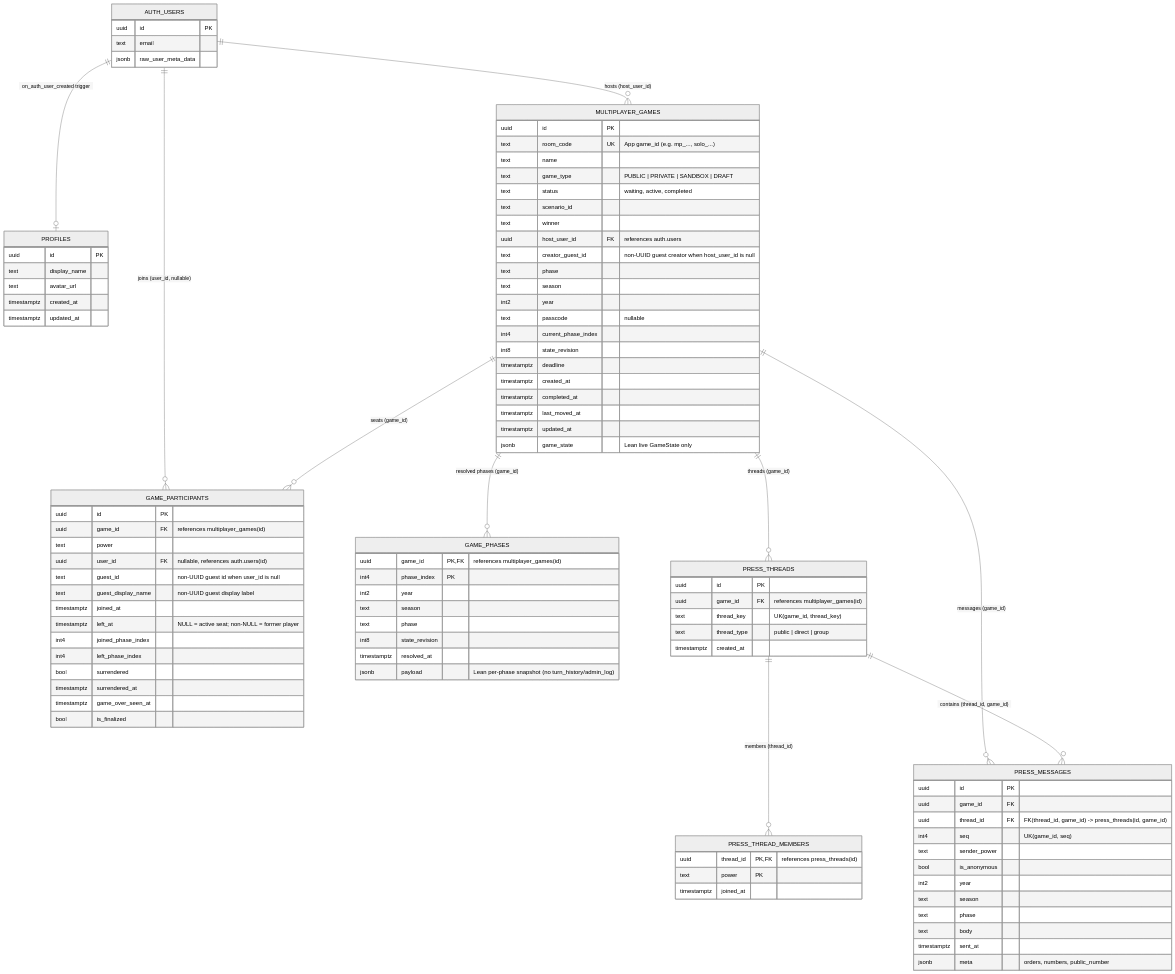
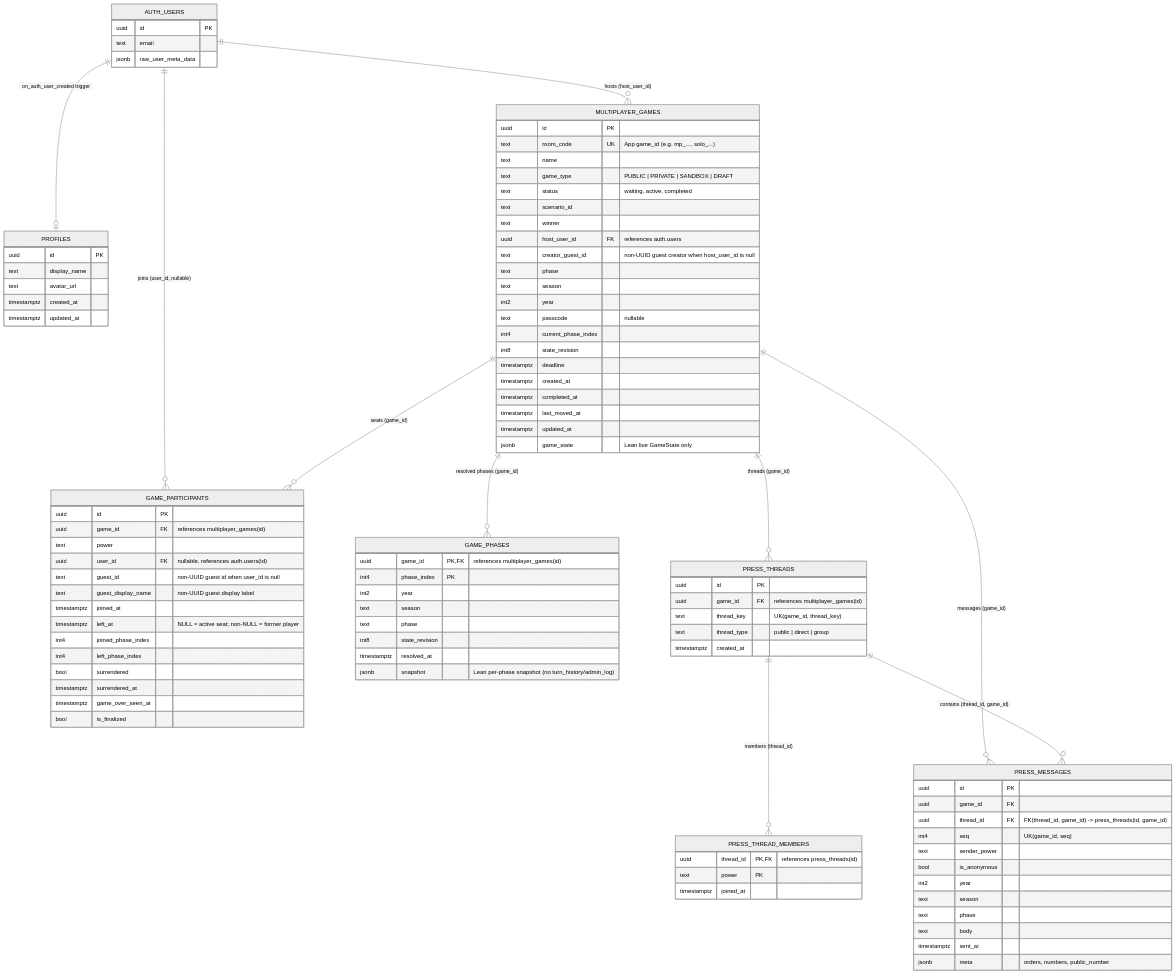
The first of 2 diagrams in docs/architecture/database.md (mjyousif/sloplomacy), drawn with Mermaid (neutral theme) before and after one commit. The commit also changed other lines of this file and 8 other files, not shown here.

Commit message:
refactor(db): rename game_phases.payload column to snapshot

```diff
--- a/docs/architecture/database.md
+++ b/docs/architecture/database.md
@@ -90,7 +90,7 @@
         text phase
         int8 state_revision
         timestamptz resolved_at
-        jsonb payload "Lean per-phase snapshot (no turn_history/admin_log)"
+        jsonb snapshot "Lean per-phase snapshot (no turn_history/admin_log)"
     }
 
     PRESS_THREADS {
```
